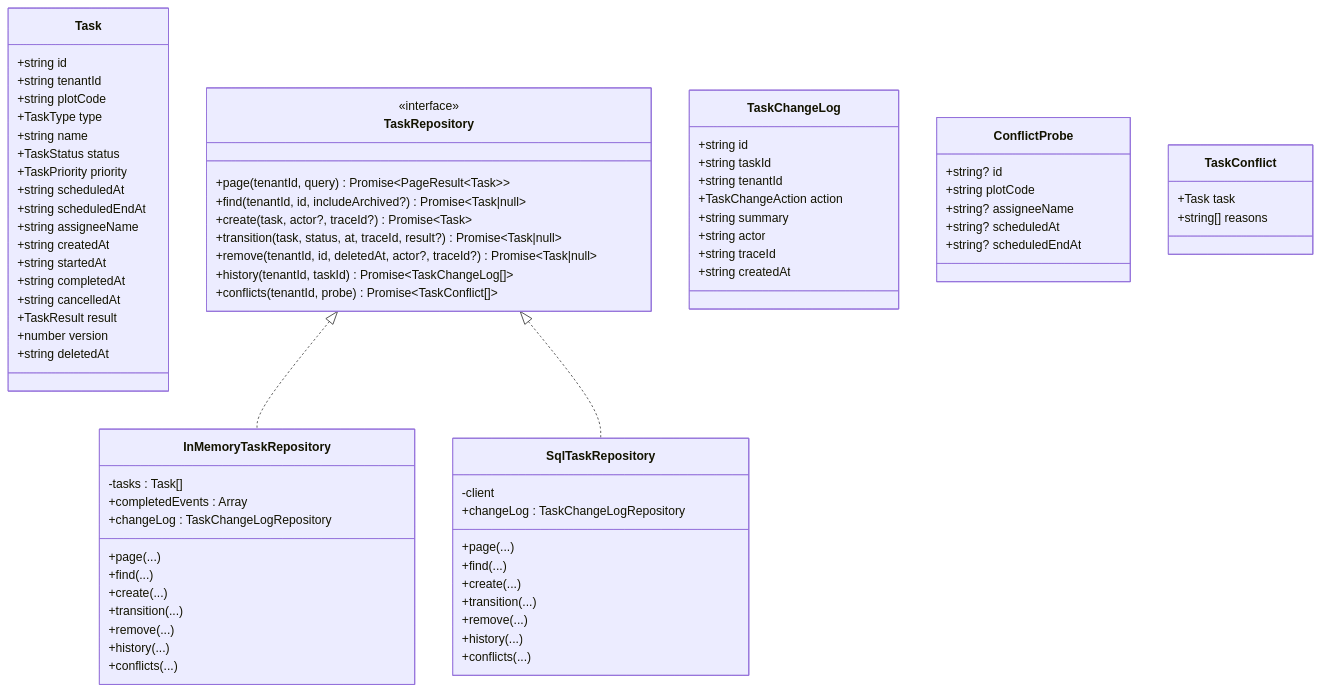
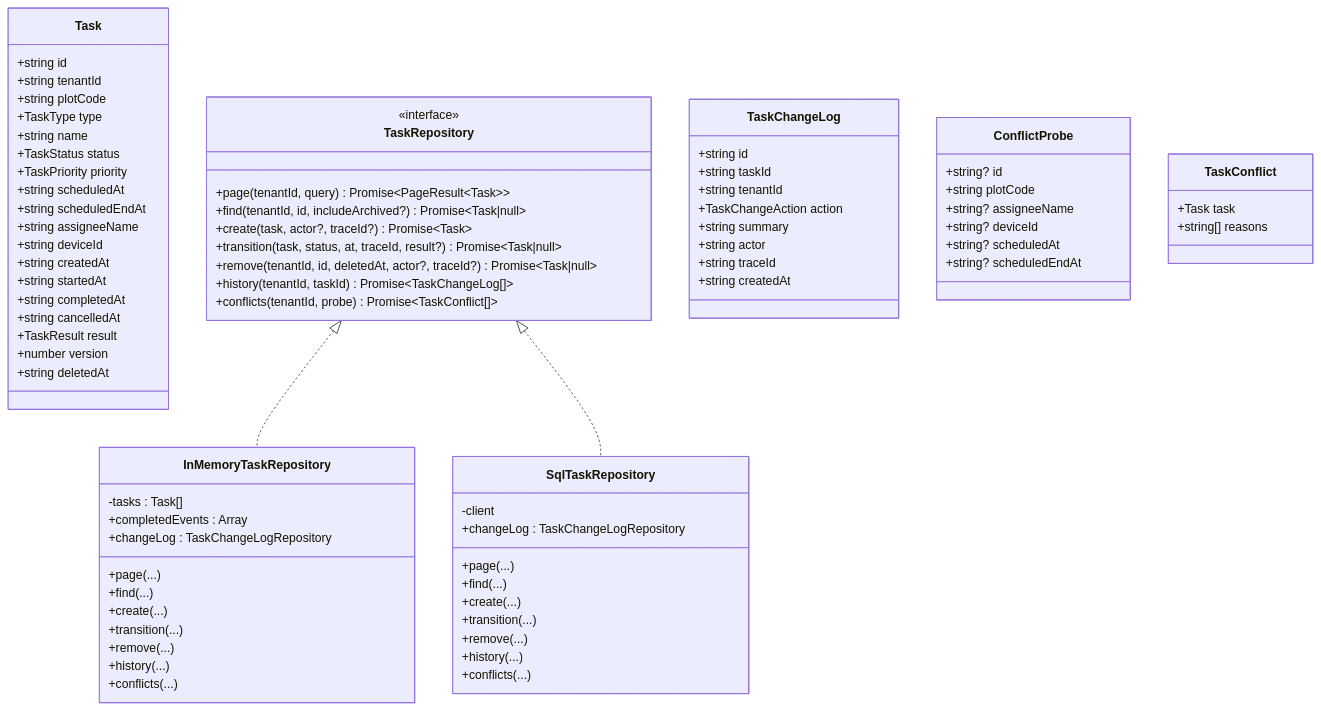
One commit to q446328246/agri-platform changed the fourth of 14 diagrams in .qoder/repowiki/zh/content/核心服务文档/作业服务/作业服务.md. Above: the diagram before and after it, drawn with Mermaid. The commit also changed other lines of this file and 47 other files, not shown here.

````diff
--- a/.qoder/repowiki/zh/content/核心服务文档/作业服务/作业服务.md
+++ b/.qoder/repowiki/zh/content/核心服务文档/作业服务/作业服务.md
@@ -272,78 +279,80 @@
 ```mermaid
 classDiagram
 class Task {
 +string id
 +string tenantId
 +string plotCode
 +TaskType type
 +string name
 +TaskStatus status
 +TaskPriority priority
 +string scheduledAt
 +string scheduledEndAt
 +string assigneeName
++string deviceId
 +string createdAt
 +string startedAt
 +string completedAt
 +string cancelledAt
 +TaskResult result
 +number version
 +string deletedAt
 }
 class TaskRepository {
 <<interface>>
 +page(tenantId, query) Promise~PageResult~Task~~
 +find(tenantId, id, includeArchived?) Promise~Task|null~
 +create(task, actor?, traceId?) Promise~Task~
 +transition(task, status, at, traceId, result?) Promise~Task|null~
 +remove(tenantId, id, deletedAt, actor?, traceId?) Promise~Task|null~
 +history(tenantId, taskId) Promise~TaskChangeLog[]~
 +conflicts(tenantId, probe) Promise~TaskConflict[]~
 }
 class TaskChangeLog {
 +string id
 +string taskId
 +string tenantId
 +TaskChangeAction action
 +string summary
 +string actor
 +string traceId
 +string createdAt
 }
 class ConflictProbe {
 +string? id
 +string plotCode
 +string? assigneeName
++string? deviceId
 +string? scheduledAt
 +string? scheduledEndAt
 }
 class TaskConflict {
 +Task task
 +string[] reasons
 }
 class InMemoryTaskRepository {
 -tasks : Task[]
 +completedEvents : Array
 +changeLog : TaskChangeLogRepository
 +page(...)
 +find(...)
 +create(...)
 +transition(...)
 +remove(...)
 +history(...)
 +conflicts(...)
 }
 class SqlTaskRepository {
 -client
 +changeLog : TaskChangeLogRepository
 +page(...)
 +find(...)
 +create(...)
 +transition(...)
 +remove(...)
 +history(...)
 +conflicts(...)
 }
 TaskRepository <|.. InMemoryTaskRepository
 TaskRepository <|.. SqlTaskRepository
 ```
````
